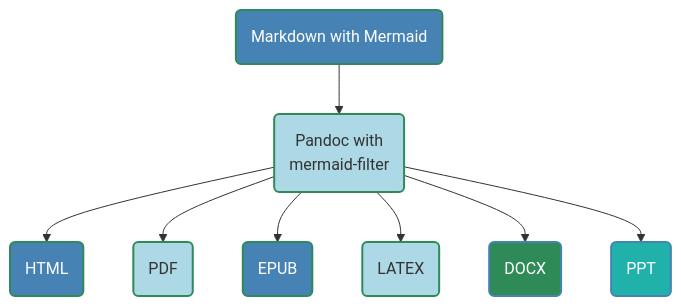
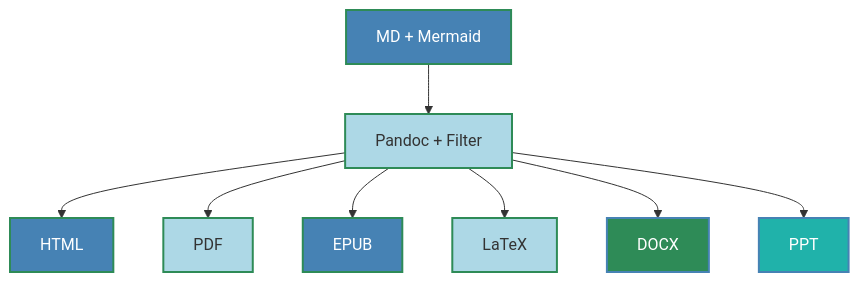
The sixth of 9 diagrams in README.md (buckeye43210/markdown-to-snowkb), drawn with Mermaid before and after one commit. The commit also changed other lines of this file, not shown here.

````diff
--- a/README.md
+++ b/README.md
@@ -502,20 +355,19 @@
-~~~mermaid
+```mermaid
 graph TD
-    A(Markdown with Mermaid)
-    A --> B(Pandoc with<br>mermaid-filter)
-    B --> C(HTML)
-    B --> D(PDF)
-    B --> E(EPUB)
-    B --> F(LATEX)
-    B --> G(DOCX)
-    B --> H(PPT)
-    
+    A[MD + Mermaid] --> B[Pandoc + Filter]
+    B --> C[HTML]
+    B --> D[PDF]
+    B --> E[EPUB]
+    B --> F[LaTeX]
+    B --> G[DOCX]
+    B --> H[PPT]
+
     style A fill:#4682B4,stroke:#2E8B57,stroke-width:2px,color:#FFFFFF
     style B fill:#ADD8E6,stroke:#2E8B57,stroke-width:2px
     style C fill:#4682B4,stroke:#2E8B57,stroke-width:2px,color:#FFFFFF
     style D fill:#ADD8E6,stroke:#2E8B57,stroke-width:2px
     style E fill:#4682B4,stroke:#2E8B57,stroke-width:2px,color:#FFFFFF
     style F fill:#ADD8E6,stroke:#2E8B57,stroke-width:2px
     style G fill:#2E8B57,stroke:#4682B4,stroke-width:2px,color:#FFFFFF
-    style H fill:#20B2AA,stroke:#4682B4,stroke-width:2px,color:#FFFFFF    
-~~~
+    style H fill:#20B2AA,stroke:#4682B4,stroke-width:2px,color:#FFFFFF
+```
````
